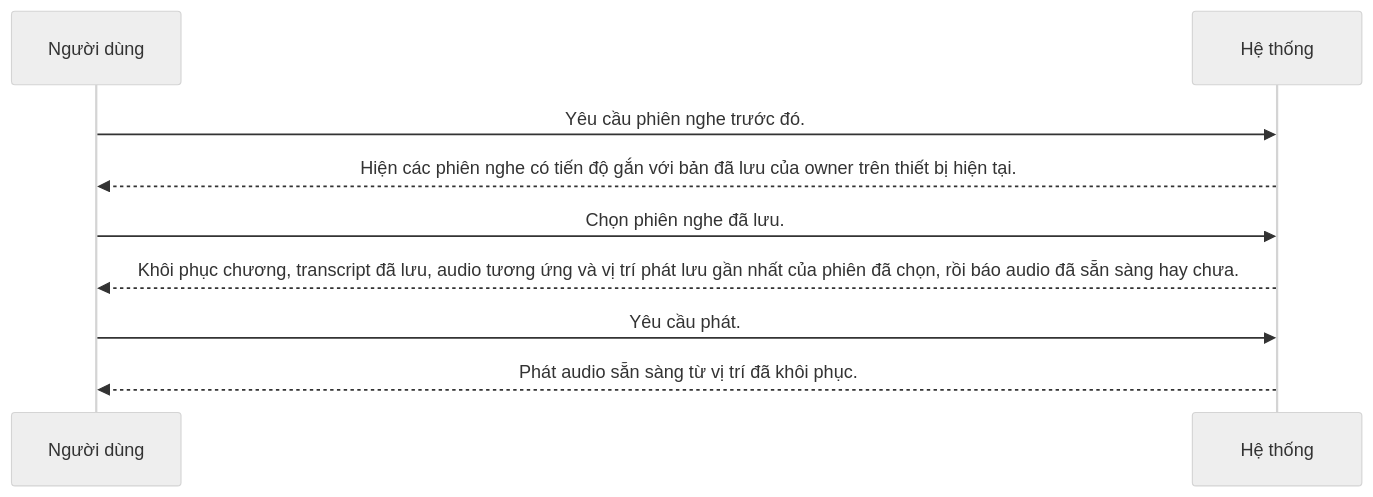
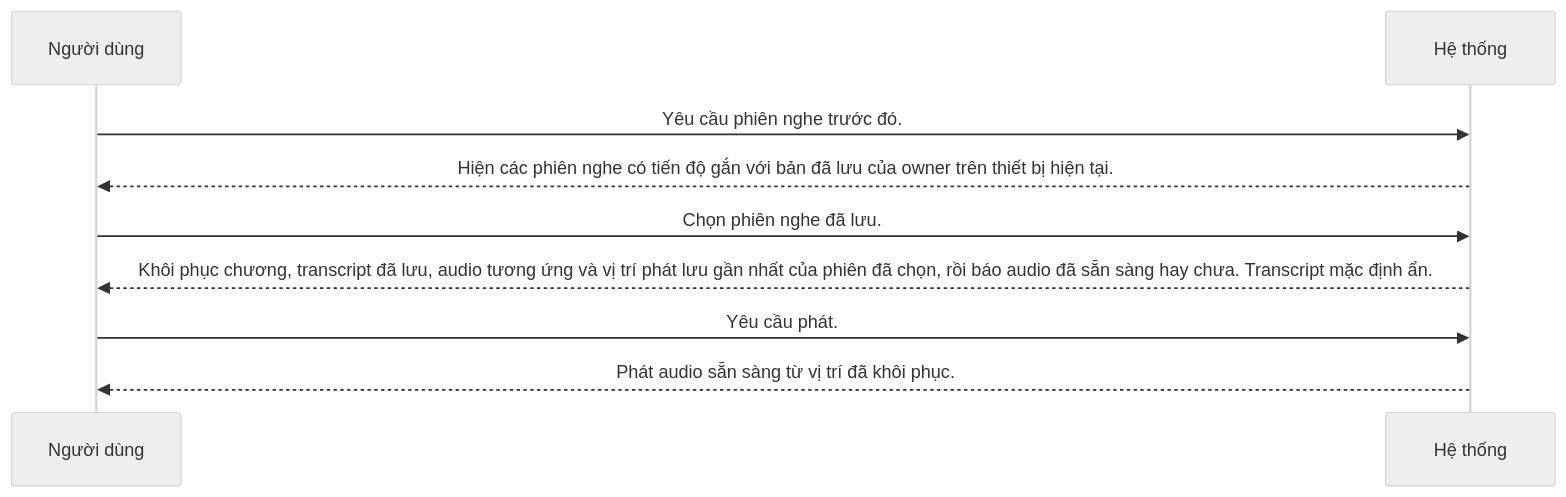
One commit to BuhDuy256/novsay changed the diagram in docs/spec/02-use-cases/UC-003.md. Above: the diagram before and after it, drawn with Mermaid (neutral theme). The commit also changed other lines of this file and 14 other files, not shown here.

````diff
--- a/docs/spec/02-use-cases/UC-003.md
+++ b/docs/spec/02-use-cases/UC-003.md
@@ -12,11 +12,11 @@
 ```mermaid
 sequenceDiagram
   participant U as Người dùng
   participant S as Hệ thống
   U->>S: Yêu cầu phiên nghe trước đó.
   S-->>U: Hiện các phiên nghe có tiến độ gắn với bản đã lưu của owner trên thiết bị hiện tại.
   U->>S: Chọn phiên nghe đã lưu.
-  S-->>U: Khôi phục chương, transcript đã lưu, audio tương ứng và vị trí phát lưu gần nhất của phiên đã chọn, rồi báo audio đã sẵn sàng hay chưa.
+  S-->>U: Khôi phục chương, transcript đã lưu, audio tương ứng và vị trí phát lưu gần nhất của phiên đã chọn, rồi báo audio đã sẵn sàng hay chưa. Transcript mặc định ẩn.
   U->>S: Yêu cầu phát.
   S-->>U: Phát audio sẵn sàng từ vị trí đã khôi phục.
 ```
````
